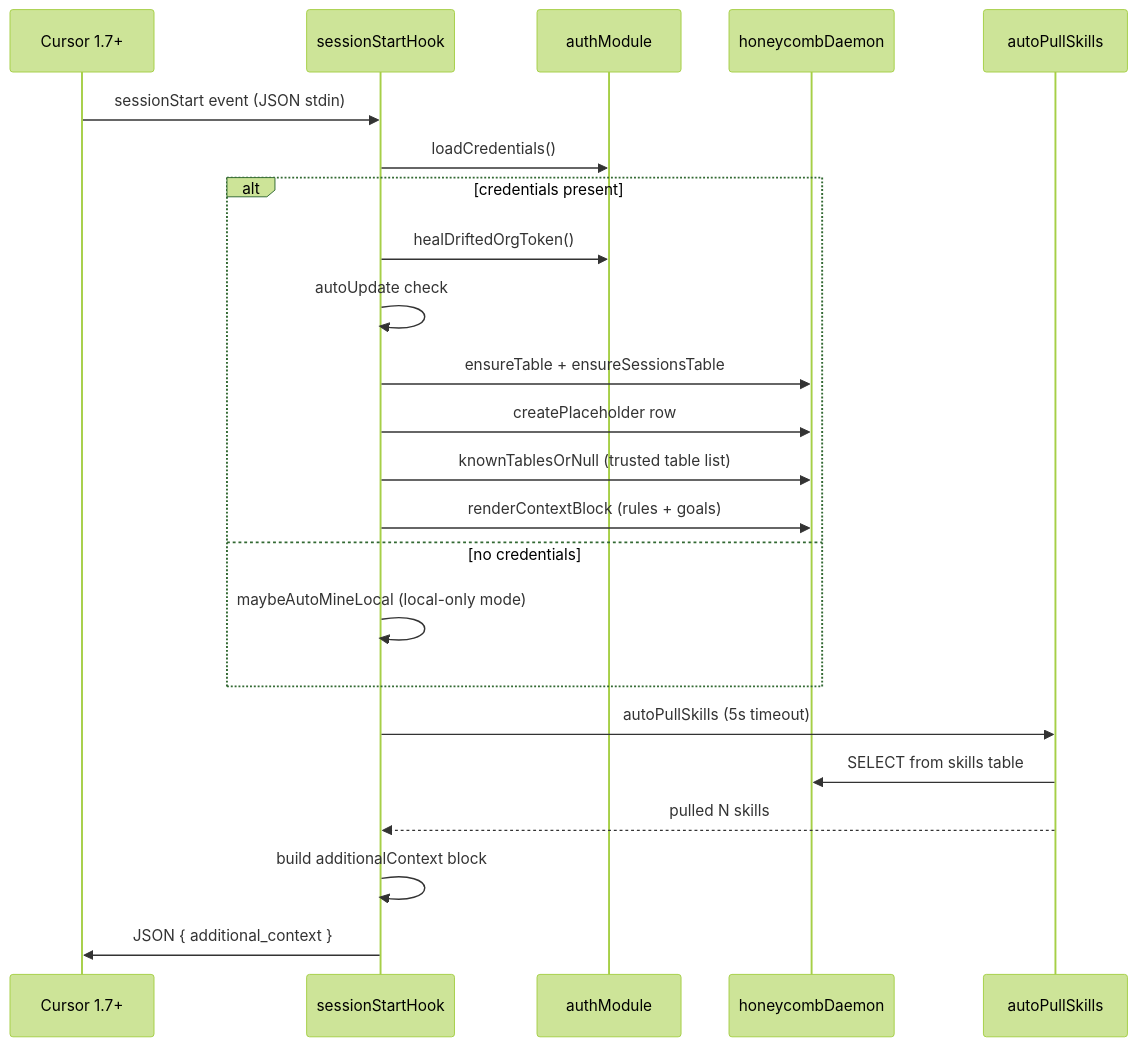
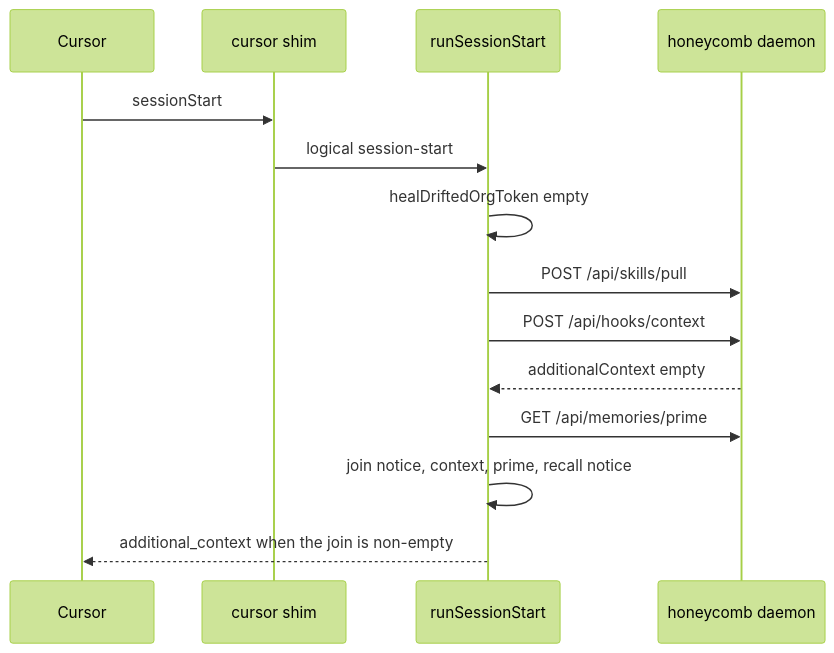
Before and after one commit to legioncodeinc/honeycomb: the diagram in library/knowledge/private/frontend/cursor-extension-architecture.md, drawn with Mermaid (forest theme). The commit also changed other lines of this file and 279 other files, not shown here.

````diff
--- a/library/knowledge/private/frontend/cursor-extension-architecture.md
+++ b/library/knowledge/private/frontend/cursor-extension-architecture.md
@@ -136,26 +58,17 @@
 ```mermaid
 sequenceDiagram
-    participant cursor as Cursor 1.7+
-    participant hook as sessionStartHook
-    participant auth as authModule
-    participant daemon as honeycombDaemon
-    participant autopull as autoPullSkills
+    participant cursor as Cursor
+    participant shim as cursor shim
+    participant core as runSessionStart
+    participant daemon as honeycomb daemon
 
-    cursor->>hook: sessionStart event (JSON stdin)
-    hook->>auth: loadCredentials()
-    alt credentials present
-        hook->>auth: healDriftedOrgToken()
-        hook->>hook: autoUpdate check
-        hook->>daemon: ensureTable + ensureSessionsTable
-        hook->>daemon: createPlaceholder row
-        hook->>daemon: knownTablesOrNull (trusted table list)
-        hook->>daemon: renderContextBlock (rules + goals)
-    else no credentials
-        hook->>hook: maybeAutoMineLocal (local-only mode)
-    end
-    hook->>autopull: autoPullSkills (5s timeout)
-    autopull->>daemon: SELECT from skills table
-    autopull-->>hook: pulled N skills
-    hook->>hook: build additionalContext block
-    hook->>cursor: JSON { additional_context }
+    cursor->>shim: sessionStart
+    shim->>core: logical session-start
+    core->>core: healDriftedOrgToken empty
+    core->>daemon: POST /api/skills/pull
+    core->>daemon: POST /api/hooks/context
+    daemon-->>core: additionalContext empty
+    core->>daemon: GET /api/memories/prime
+    core->>core: join notice, context, prime, recall notice
+    core-->>cursor: additional_context when the join is non-empty
 ```
````
